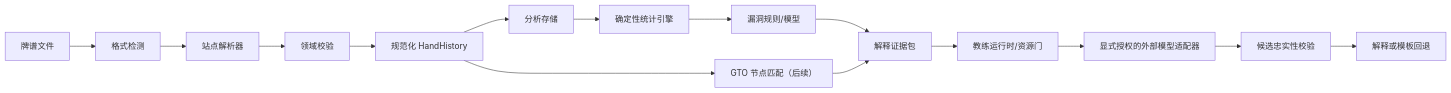
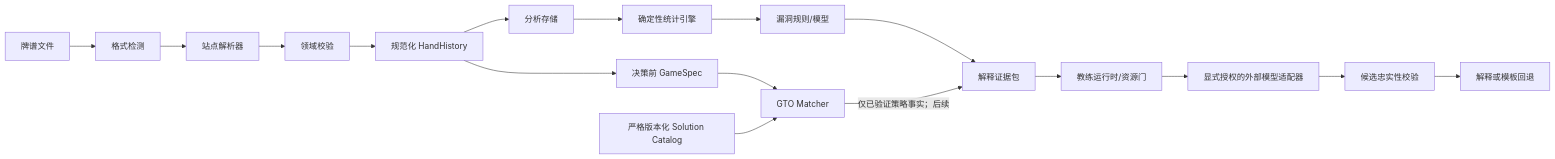
Before and after one commit to runshu-W/rivermind-poker: the diagram in docs/ARCHITECTURE.md, drawn with Mermaid. The commit also changed other lines of this file and 10 other files, not shown here.

Commit message:
feat: add versioned GTO node matcher

````diff
--- a/docs/ARCHITECTURE.md
+++ b/docs/ARCHITECTURE.md
@@ -13,17 +13,19 @@
 ```mermaid
 flowchart LR
     HH["牌谱文件"] --> DET["格式检测"]
     DET --> PAR["站点解析器"]
     PAR --> VAL["领域校验"]
     VAL --> NORM["规范化 HandHistory"]
     NORM --> STORE["分析存储"]
     STORE --> STAT["确定性统计引擎"]
     STAT --> LEAK["漏洞规则/模型"]
     LEAK --> EVID["解释证据包"]
     EVID --> CRT["教练运行时/资源门"]
     CRT --> LLM["显式授权的外部模型适配器"]
     LLM --> CVAL["候选忠实性校验"]
     CVAL --> COACH["解释或模板回退"]
-    NORM --> MATCH["GTO 节点匹配（后续）"]
-    MATCH --> EVID
+    NORM --> NODE["决策前 GameSpec"]
+    NODE --> MATCH["GTO Matcher"]
+    CAT["严格版本化 Solution Catalog"] --> MATCH
+    MATCH -->|"仅已验证策略事实；后续"| EVID
 ```
````
